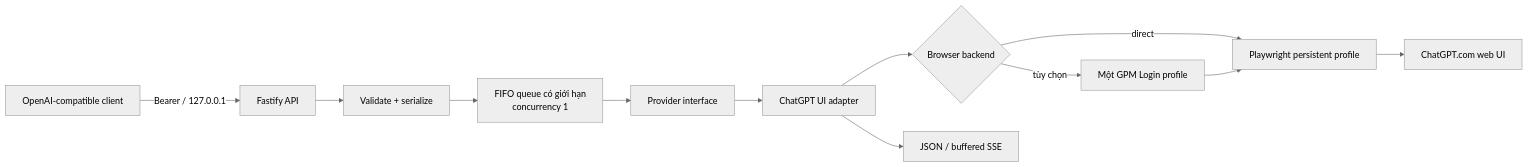
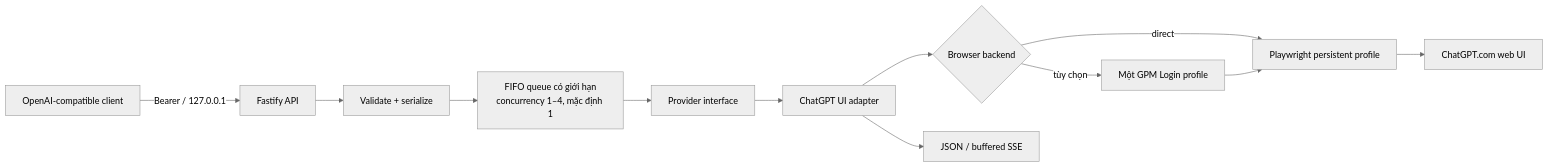
The diagram in README_VI.md (tang-vu/tab2api), drawn with Mermaid (neutral theme) before and after one commit. The commit also changed other lines of this file and 17 other files, not shown here.

````diff
--- a/README_VI.md
+++ b/README_VI.md
@@ -9,14 +9,14 @@
 ```mermaid
 flowchart LR
     C[OpenAI-compatible client] -->|Bearer / 127.0.0.1| A[Fastify API]
     A --> V[Validate + serialize]
-    V --> Q[FIFO queue có giới hạn<br/>concurrency 1]
+    V --> Q[FIFO queue có giới hạn<br/>concurrency 1–4, mặc định 1]
     Q --> P[Provider interface]
     P --> G[ChatGPT UI adapter]
     G --> B{Browser backend}
     B -->|direct| U[Playwright persistent profile]
     B -->|tùy chọn| X[Một GPM Login profile]
     X --> U
     U --> W[ChatGPT.com web UI]
     G --> M[JSON / buffered SSE]
 ```
````
